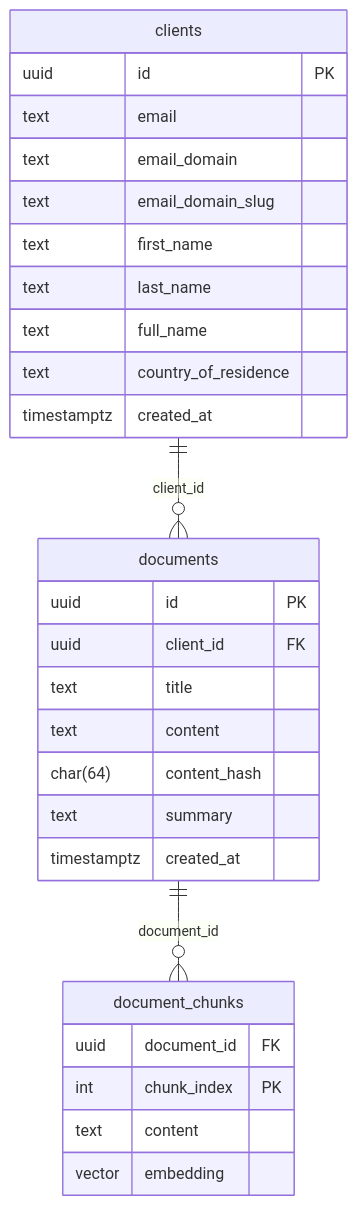
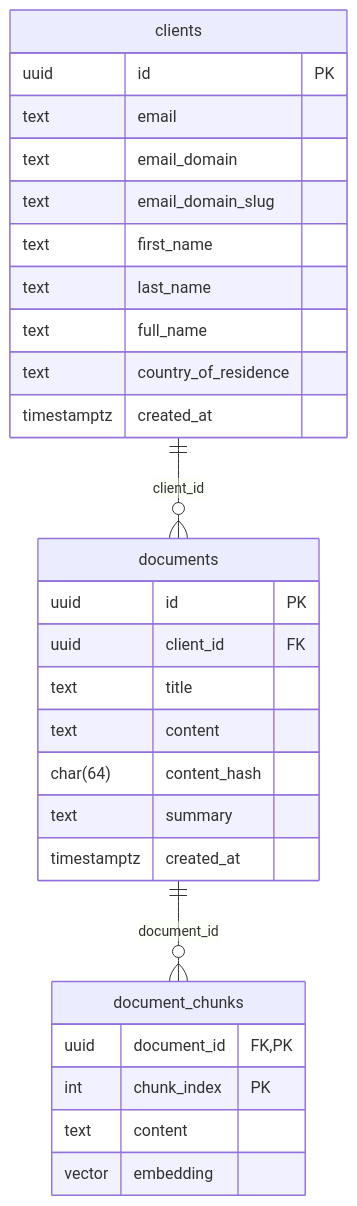
Before and after one commit to eremenai/search-service: the second of 3 diagrams in README.md, drawn with Mermaid.

````diff
--- a/README.md
+++ b/README.md
@@ -99,34 +99,34 @@
 ```mermaid
 erDiagram
     clients {
         uuid id PK
         text email
         text email_domain
         text email_domain_slug
         text first_name
         text last_name
         text full_name
         text country_of_residence
         timestamptz created_at
     }
 
     documents {
         uuid id PK
         uuid client_id FK
         text title
         text content
         char(64) content_hash
         text summary
         timestamptz created_at
     }
 
     document_chunks {
-        uuid document_id FK
+        uuid document_id FK,PK
         int chunk_index PK
         text content
         vector embedding
     }
 
     clients ||--o{ documents : "client_id"
     documents ||--o{ document_chunks : "document_id"
 ```
````
